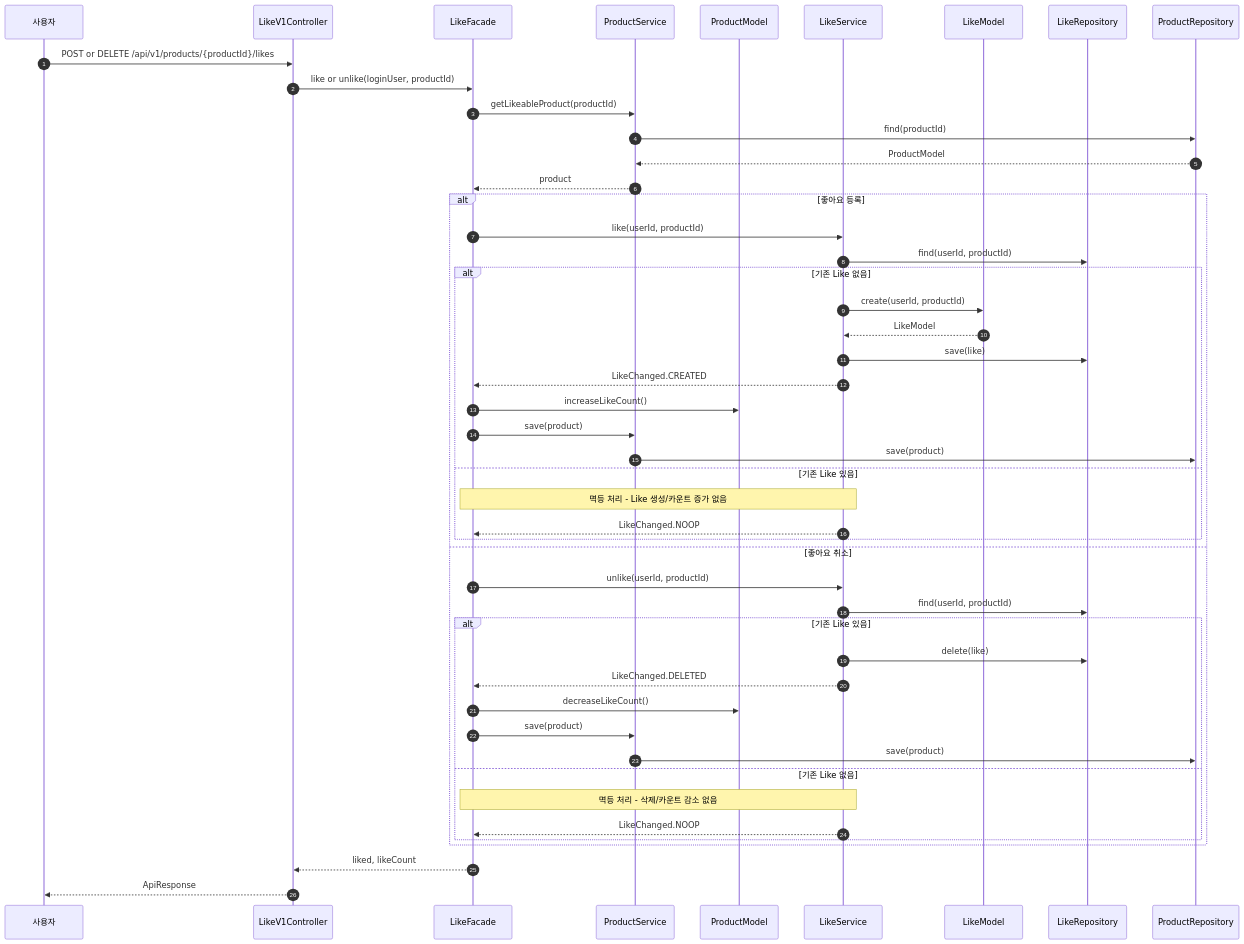
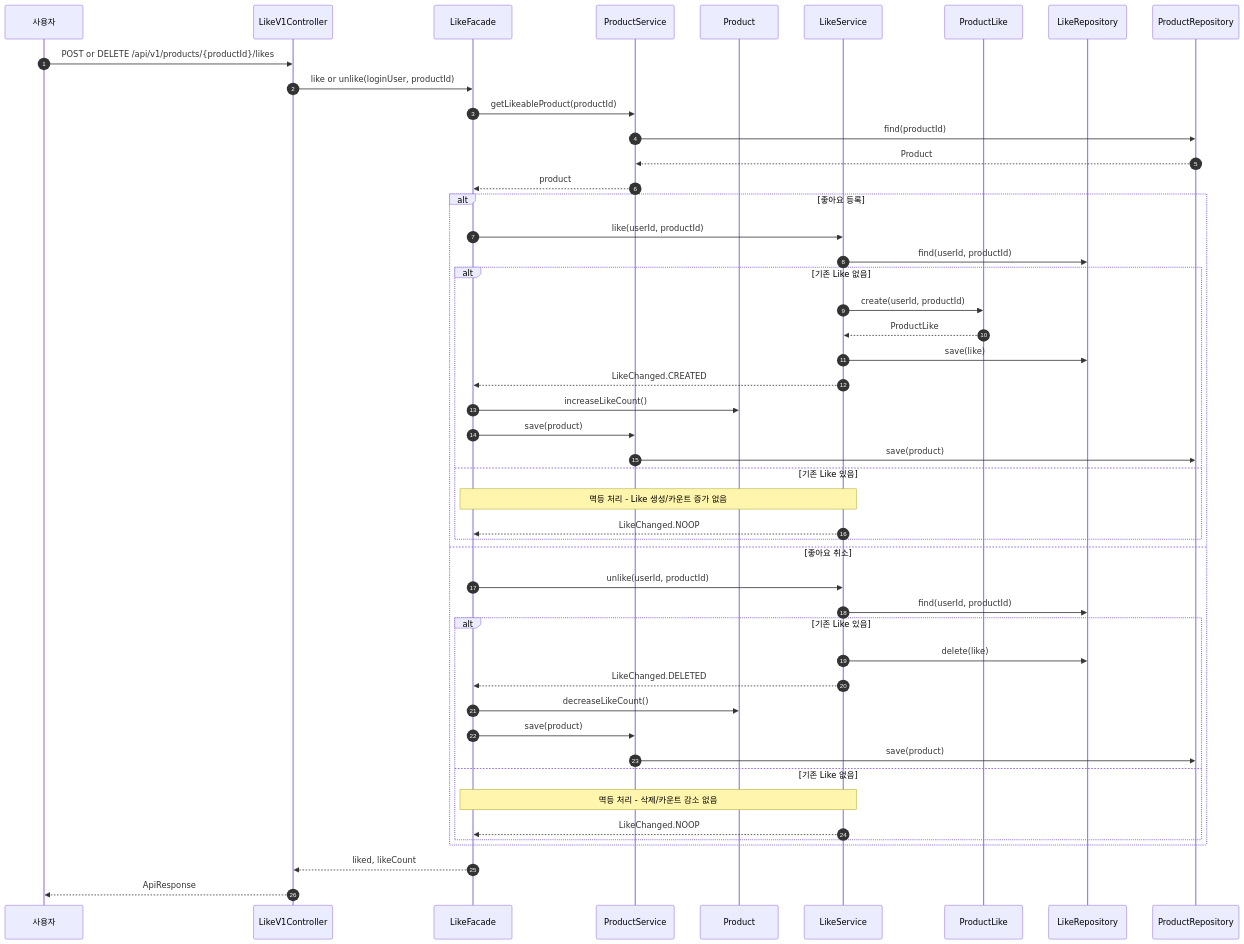
One commit to loopers-labs/loop-pack-be-l2-vol4-java changed the first of 4 diagrams in docs/week2/02-sequence-diagrams.md. Above: the diagram before and after it, drawn with Mermaid. The commit also changed other lines of this file and 6 other files, not shown here.

````diff
--- a/docs/week2/02-sequence-diagrams.md
+++ b/docs/week2/02-sequence-diagrams.md
@@ -30,54 +30,54 @@
 ```mermaid
 sequenceDiagram
     autonumber
     participant Client as 사용자
     participant Controller as LikeV1Controller
     participant Facade as LikeFacade
     participant ProductService as ProductService
-    participant Product as ProductModel
+    participant Product as Product
     participant LikeService as LikeService
-    participant Like as LikeModel
+    participant Like as ProductLike
     participant LikeRepository as LikeRepository
     participant ProductRepository as ProductRepository
 
     Client->>Controller: POST or DELETE /api/v1/products/{productId}/likes
     Controller->>Facade: like or unlike(loginUser, productId)
 
     Facade->>ProductService: getLikeableProduct(productId)
     ProductService->>ProductRepository: find(productId)
-    ProductRepository-->>ProductService: ProductModel
+    ProductRepository-->>ProductService: Product
     ProductService-->>Facade: product
 
     alt 좋아요 등록
         Facade->>LikeService: like(userId, productId)
         LikeService->>LikeRepository: find(userId, productId)
         alt 기존 Like 없음
             LikeService->>Like: create(userId, productId)
-            Like-->>LikeService: LikeModel
+            Like-->>LikeService: ProductLike
             LikeService->>LikeRepository: save(like)
             LikeService-->>Facade: LikeChanged.CREATED
             Facade->>Product: increaseLikeCount()
             Facade->>ProductService: save(product)
             ProductService->>ProductRepository: save(product)
         else 기존 Like 있음
             Note over LikeService,Facade: 멱등 처리 - Like 생성/카운트 증가 없음
             LikeService-->>Facade: LikeChanged.NOOP
         end
     else 좋아요 취소
         Facade->>LikeService: unlike(userId, productId)
         LikeService->>LikeRepository: find(userId, productId)
         alt 기존 Like 있음
             LikeService->>LikeRepository: delete(like)
             LikeService-->>Facade: LikeChanged.DELETED
             Facade->>Product: decreaseLikeCount()
             Facade->>ProductService: save(product)
             ProductService->>ProductRepository: save(product)
         else 기존 Like 없음
             Note over LikeService,Facade: 멱등 처리 - 삭제/카운트 감소 없음
             LikeService-->>Facade: LikeChanged.NOOP
         end
     end
 
     Facade-->>Controller: liked, likeCount
     Controller-->>Client: ApiResponse
 ```
````
